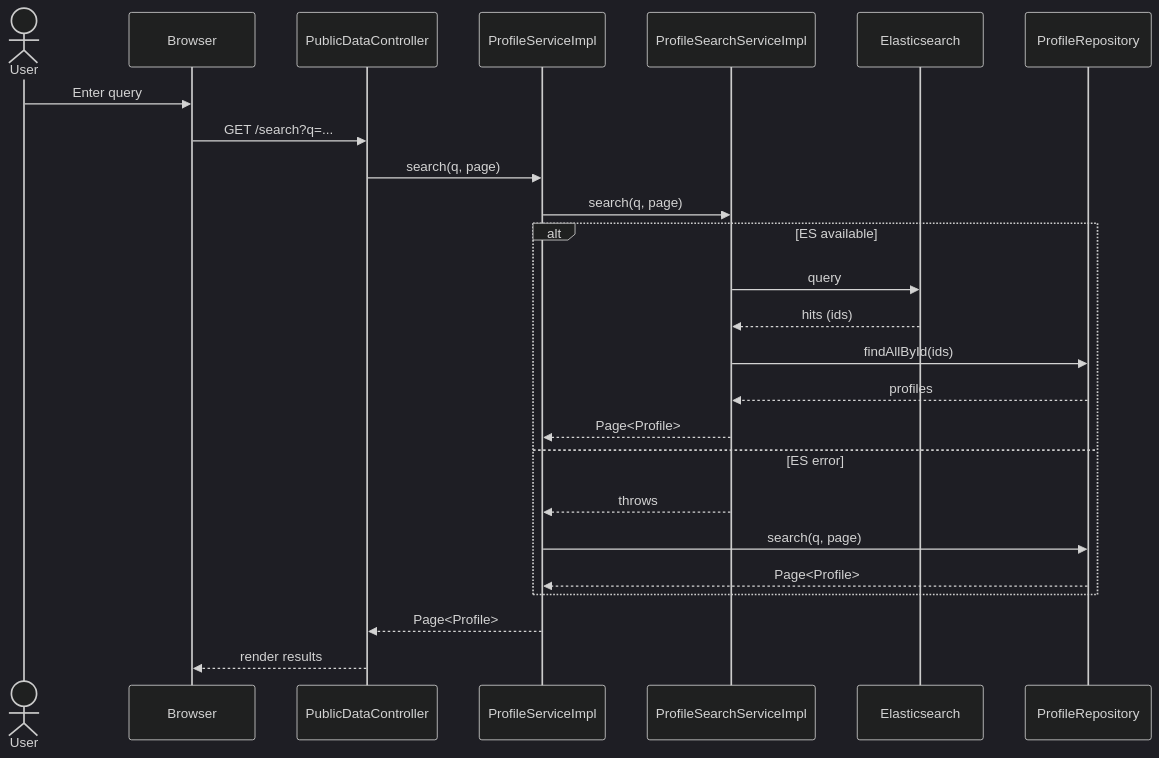
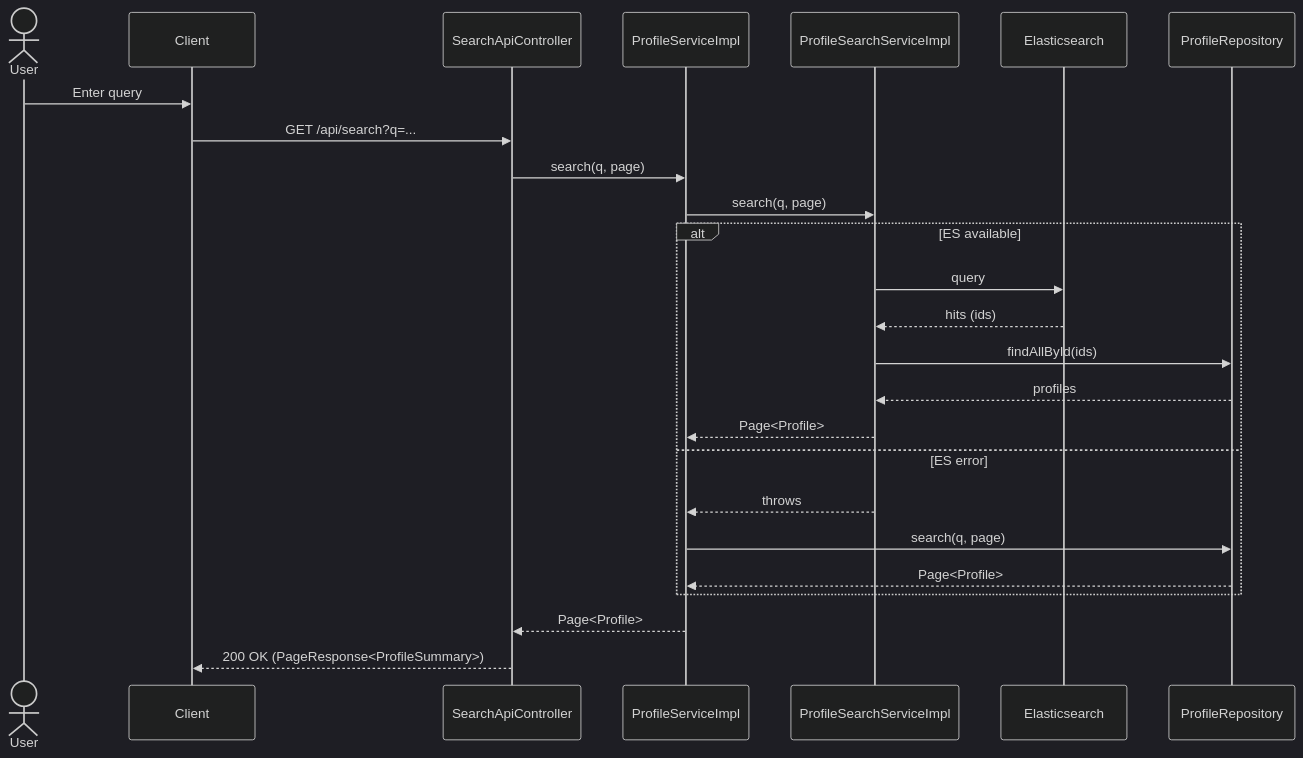
The second of 6 diagrams in ARCHITECTURE.md (olekraua/resume), drawn with Mermaid (dark theme) before and after one commit. The commit also changed other lines of this file and 5 other files, not shown here.

````diff
--- a/ARCHITECTURE.md
+++ b/ARCHITECTURE.md
@@ -65,28 +66,28 @@
 ```mermaid
 sequenceDiagram
     actor User
-    participant Browser
-    participant Ctrl as PublicDataController
+    participant Client
+    participant Ctrl as SearchApiController
     participant ProfileSvc as ProfileServiceImpl
     participant SearchSvc as ProfileSearchServiceImpl
     participant ES as Elasticsearch
     participant Repo as ProfileRepository
 
-    User->>Browser: Enter query
-    Browser->>Ctrl: GET /search?q=...
+    User->>Client: Enter query
+    Client->>Ctrl: GET /api/search?q=...
     Ctrl->>ProfileSvc: search(q, page)
     ProfileSvc->>SearchSvc: search(q, page)
     alt ES available
         SearchSvc->>ES: query
         ES-->>SearchSvc: hits (ids)
         SearchSvc->>Repo: findAllById(ids)
         Repo-->>SearchSvc: profiles
         SearchSvc-->>ProfileSvc: Page<Profile>
     else ES error
         SearchSvc-->>ProfileSvc: throws
         ProfileSvc->>Repo: search(q, page)
         Repo-->>ProfileSvc: Page<Profile>
     end
     ProfileSvc-->>Ctrl: Page<Profile>
-    Ctrl-->>Browser: render results
+    Ctrl-->>Client: 200 OK (PageResponse<ProfileSummary>)
 ```
````
